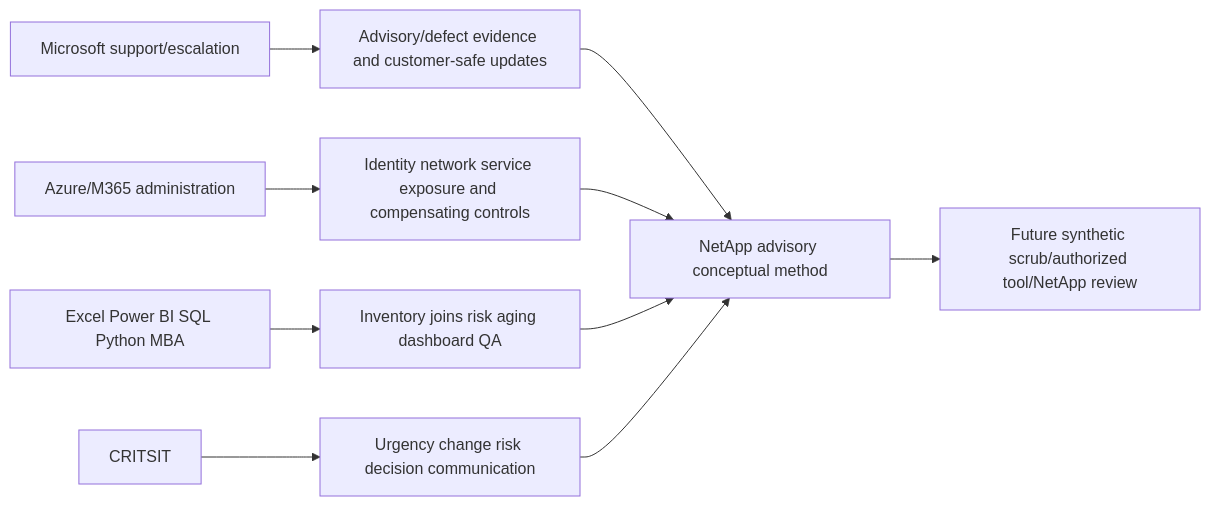
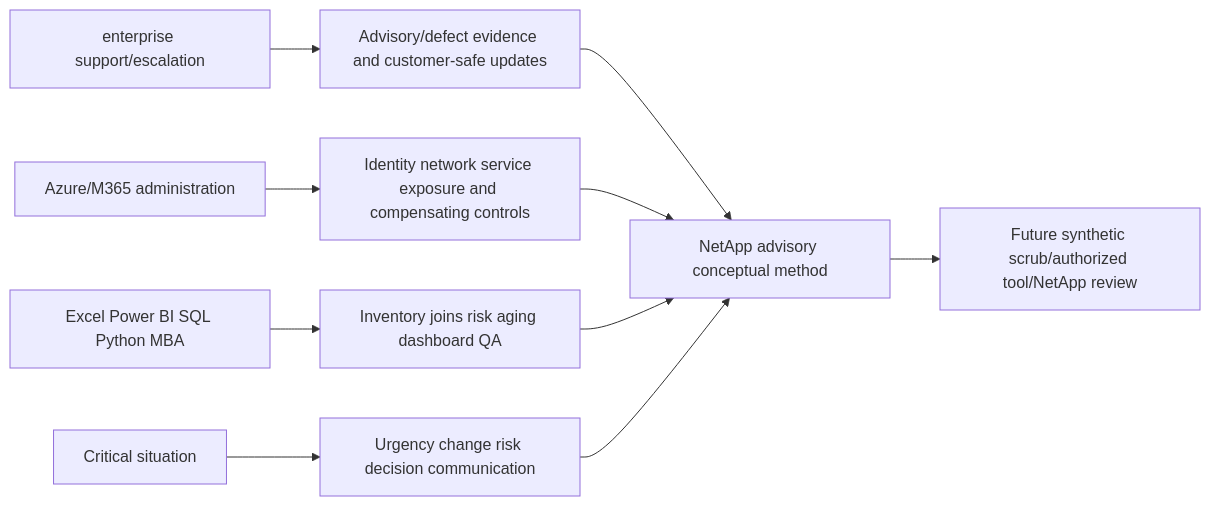
Diagram 24 of 25 in NetApp TAM/prep/Part-42-security-advisories-vulnerability-response.md (hichauhan-in/Interview-Prep), drawn with Mermaid before and after one commit. The commit also changed other lines of this file and 493 other files, not shown here.

````diff
--- a/NetApp TAM/prep/Part-42-security-advisories-vulnerability-response.md
+++ b/NetApp TAM/prep/Part-42-security-advisories-vulnerability-response.md
@@ -764,12 +764,12 @@
 ```mermaid
 flowchart LR
-    MS[Microsoft support/escalation] --> ADV[Advisory/defect evidence and customer-safe updates]
+    MS[enterprise support/escalation] --> ADV[Advisory/defect evidence and customer-safe updates]
     AZ[Azure/M365 administration] --> EXP[Identity network service exposure and compensating controls]
     BI[Excel Power BI SQL Python MBA] --> JOIN[Inventory joins risk aging dashboard QA]
-    CRIT[CRITSIT] --> URG[Urgency change risk decision communication]
+    CRIT[Critical situation] --> URG[Urgency change risk decision communication]
     ADV --> VM[NetApp advisory conceptual method]
     EXP --> VM
     JOIN --> VM
     URG --> VM
     VM --> LAB[Future synthetic scrub/authorized tool/NetApp review]
 ```
````
